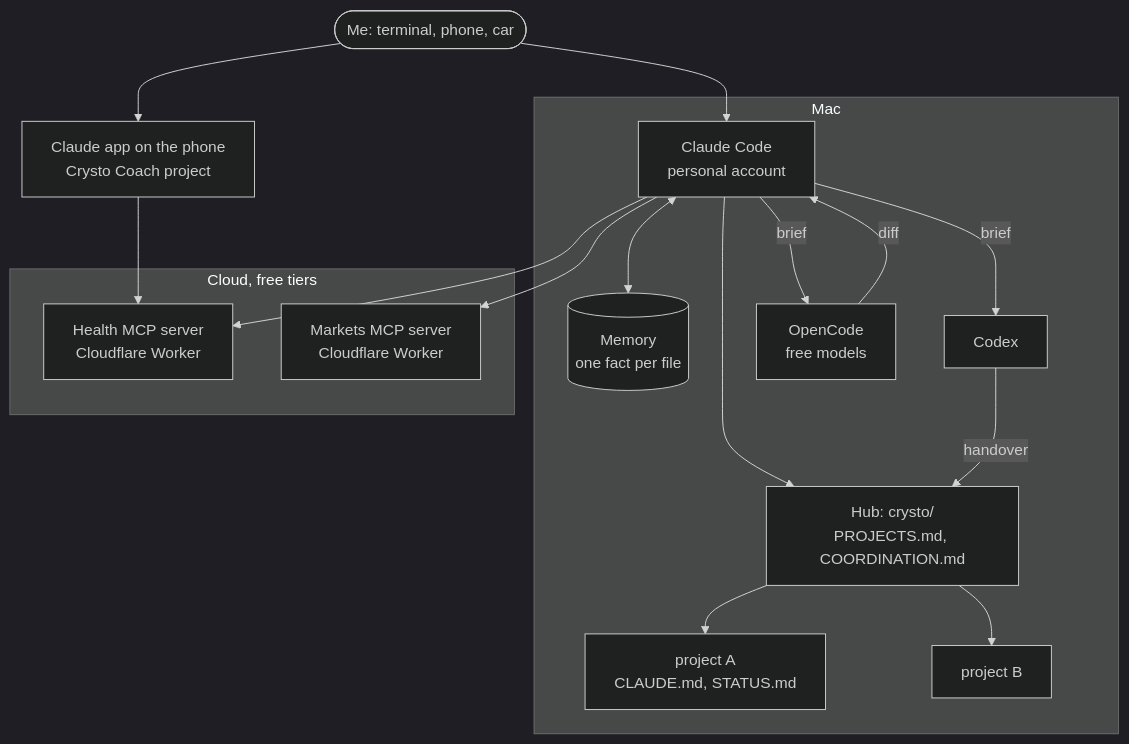
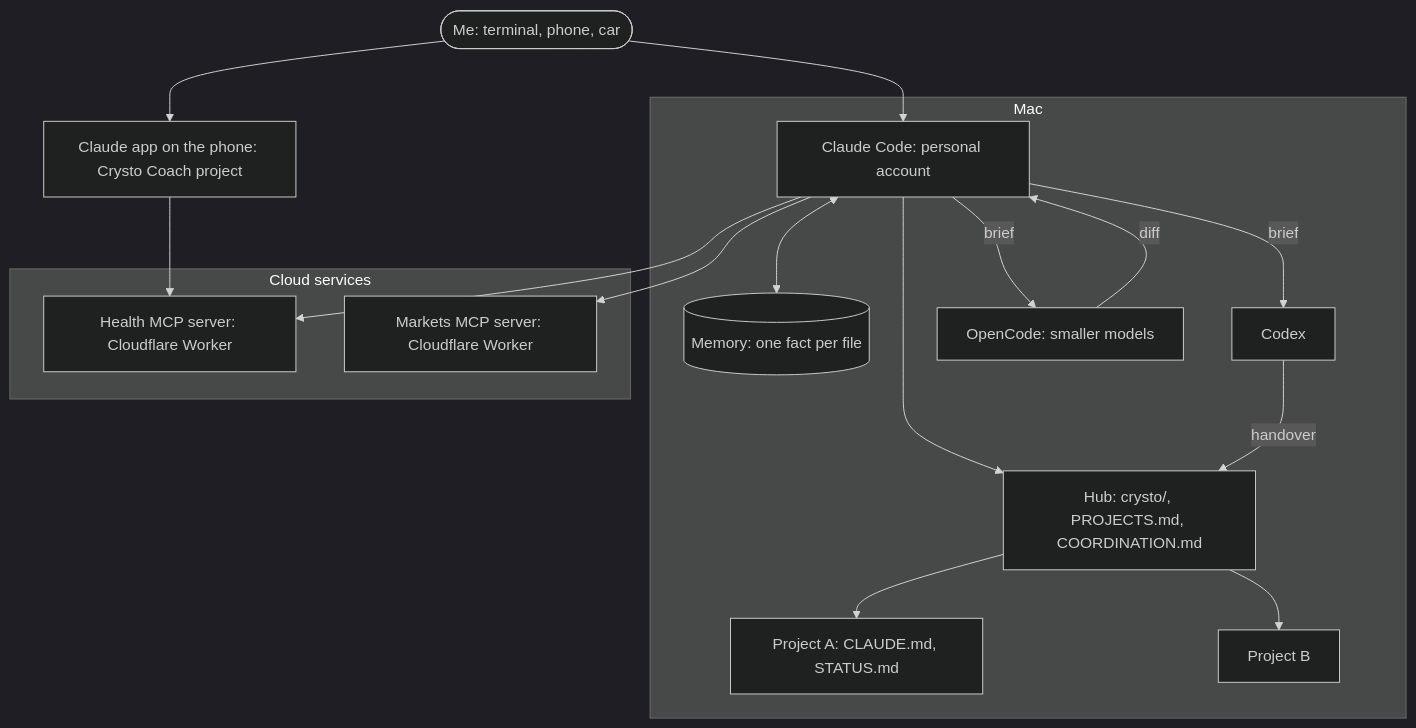
Before and after one commit to vanshaj1999/crysto: the first of 3 diagrams in README.md, drawn with Mermaid (dark theme). The commit also changed other lines of this file and 3 other files, not shown here.

Commit message:
Add demo, build loop and claim state diagrams to the README

````diff
--- a/README.md
+++ b/README.md
@@ -27,32 +33,32 @@
 ```mermaid
 flowchart TB
-    me([Me: terminal, phone, car])
-    subgraph mac[Mac]
-        hub[Hub: crysto/<br/>PROJECTS.md, COORDINATION.md]
-        p1[project A<br/>CLAUDE.md, STATUS.md]
-        p2[project B]
-        mem[(Memory<br/>one fact per file)]
-        cc[Claude Code<br/>personal account]
-        codex[Codex]
-        oc[OpenCode<br/>free models]
+    me(["Me: terminal, phone, car"])
+    subgraph mac["Mac"]
+        hub["Hub: crysto/, PROJECTS.md, COORDINATION.md"]
+        p1["Project A: CLAUDE.md, STATUS.md"]
+        p2["Project B"]
+        mem[("Memory: one fact per file")]
+        cc["Claude Code: personal account"]
+        codex["Codex"]
+        oc["OpenCode: smaller models"]
     end
-    subgraph cloud[Cloud, free tiers]
-        health[Health MCP server<br/>Cloudflare Worker]
-        markets[Markets MCP server<br/>Cloudflare Worker]
+    subgraph cloud["Cloud services"]
+        health["Health MCP server: Cloudflare Worker"]
+        markets["Markets MCP server: Cloudflare Worker"]
     end
-    phone[Claude app on the phone<br/>Crysto Coach project]
+    phone["Claude app on the phone: Crysto Coach project"]
 
     me --> cc
     me --> phone
     cc --> hub
     hub --> p1
     hub --> p2
     cc <--> mem
     cc -- brief --> codex
     cc -- brief --> oc
     codex -- handover --> hub
     oc -- diff --> cc
     phone --> health
     cc --> health
     cc --> markets
 ```
````
